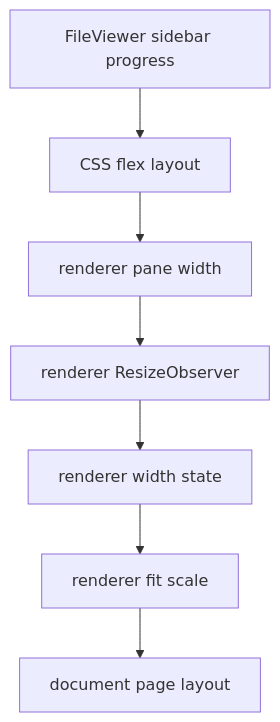
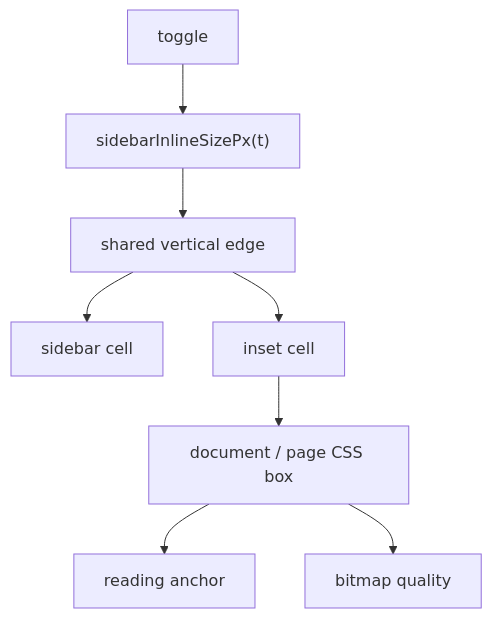
Before and after one commit to retab-dev/retab-ui: the second of 22 diagrams in design/file-viewer-geometry-contract-blueprint.md, drawn with Mermaid. The commit also changed other lines of this file and 98 other files, not shown here.

````diff
--- a/design/file-viewer-geometry-contract-blueprint.md
+++ b/design/file-viewer-geometry-contract-blueprint.md
@@ -14,9 +86,19 @@
 ```mermaid
 flowchart TD
-  Sidebar["FileViewer sidebar progress"] --> CssLayout["CSS flex layout"]
-  CssLayout --> Pane["renderer pane width"]
-  Pane --> Observer["renderer ResizeObserver"]
-  Observer --> ReactState["renderer width state"]
-  ReactState --> RendererScale["renderer fit scale"]
-  RendererScale --> DocumentLayout["document page layout"]
+  Toggle["toggle"]
+  Motion["sidebarInlineSizePx(t)"]
+  Edge["shared vertical edge"]
+  Sidebar["sidebar cell"]
+  Inset["inset cell"]
+  PageBox["document / page CSS box"]
+  Anchor["reading anchor"]
+  Bitmap["bitmap quality"]
+
+  Toggle --> Motion
+  Motion --> Edge
+  Edge --> Sidebar
+  Edge --> Inset
+  Inset --> PageBox
+  PageBox --> Anchor
+  PageBox --> Bitmap
 ```
````
